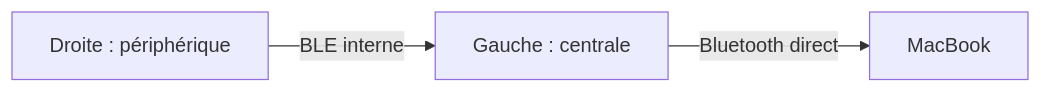
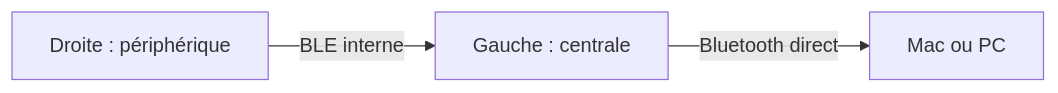
One commit to nphlp/Splitergoll changed the third of 3 diagrams in docs/configuration-materielle.md. Above: the diagram before and after it, drawn with Mermaid. The commit also changed other lines of this file and 19 other files, not shown here.

````diff
--- a/docs/configuration-materielle.md
+++ b/docs/configuration-materielle.md
@@ -64,5 +70,5 @@
 ```mermaid
 flowchart LR
     R["Droite : périphérique"] -->|BLE interne| L["Gauche : centrale"]
-    L -->|Bluetooth direct| MAC["MacBook"]
+    L -->|Bluetooth direct| MAC["Mac ou PC"]
 ```
````
